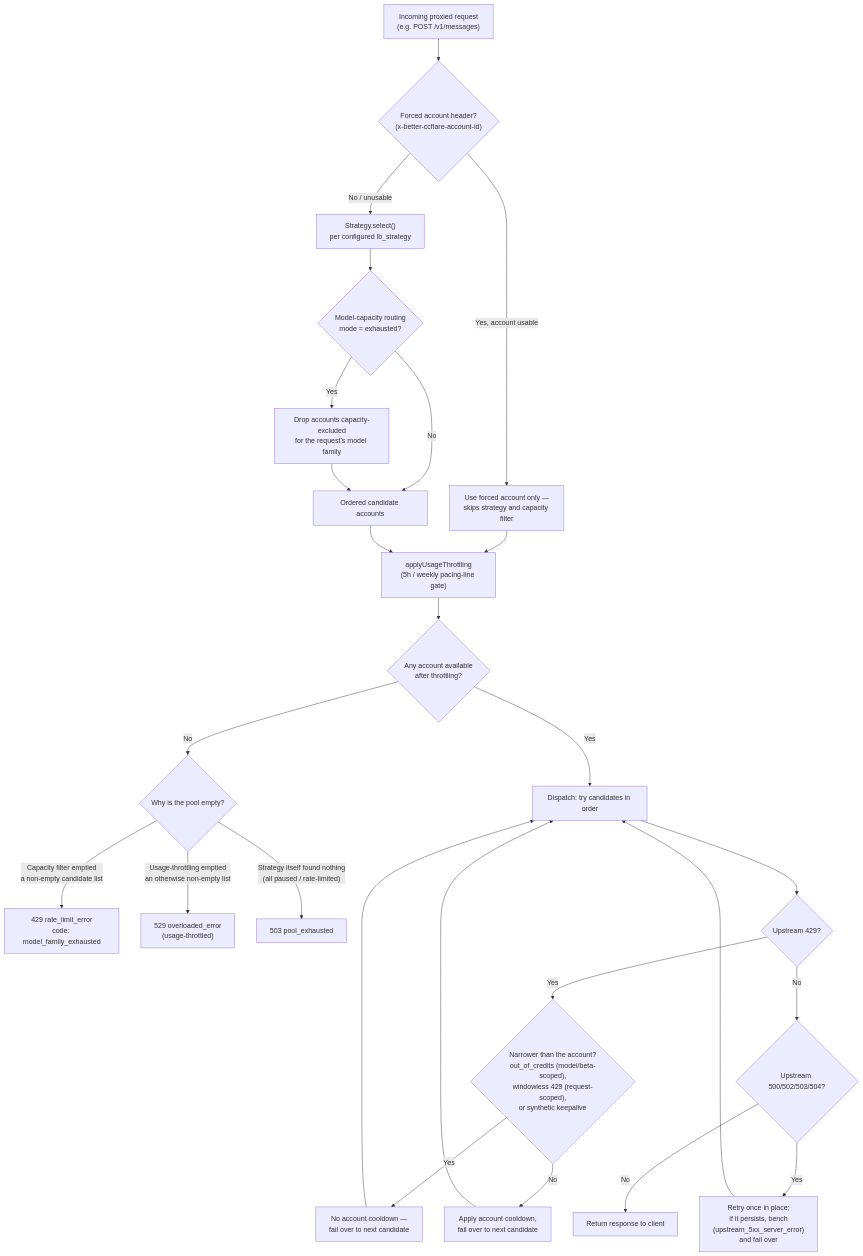
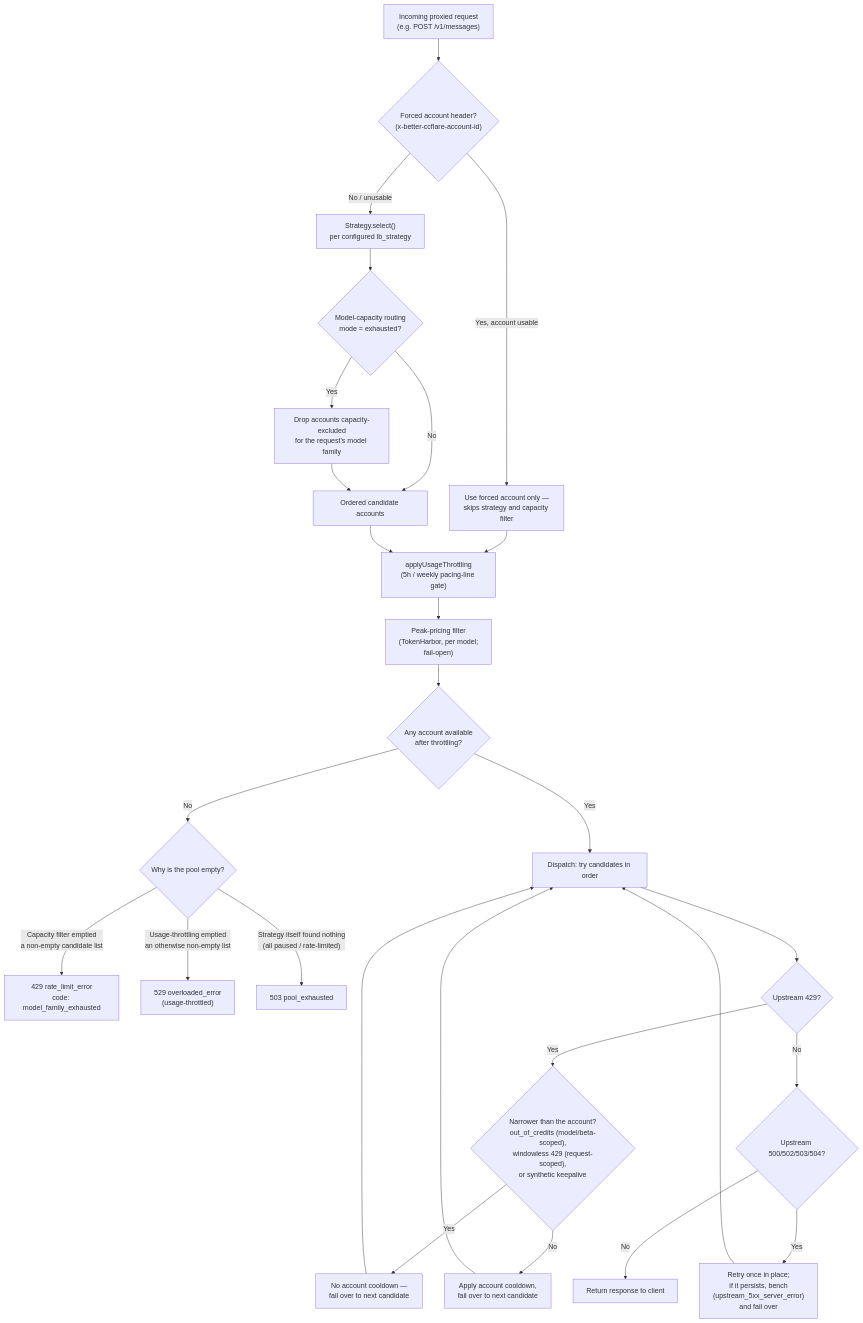
Before and after one commit to tombii/better-ccflare: the first of 8 diagrams in docs/routing-architecture.md, drawn with Mermaid. The commit also changed other lines of this file and 7 other files, not shown here.

````diff
--- a/docs/routing-architecture.md
+++ b/docs/routing-architecture.md
@@ -27,28 +28,29 @@
 ```mermaid
 flowchart TD
     A["Incoming proxied request<br/>(e.g. POST /v1/messages)"] --> B{"Forced account header?<br/>(x-better-ccflare-account-id)"}
     B -->|"Yes, account usable"| C["Use forced account only —<br/>skips strategy and capacity filter"]
     B -->|"No / unusable"| D["Strategy.select()<br/>per configured lb_strategy"]
     D --> E{"Model-capacity routing<br/>mode = exhausted?"}
     E -->|"Yes"| F["Drop accounts capacity-excluded<br/>for the request's model family"]
     E -->|"No"| G["Ordered candidate accounts"]
     F --> G
     C --> H["applyUsageThrottling<br/>(5h / weekly pacing-line gate)"]
     G --> H
-    H --> I{"Any account available<br/>after throttling?"}
+    H --> H2["Peak-pricing filter<br/>(TokenHarbor, per model;<br/>fail-open)"]
+    H2 --> I{"Any account available<br/>after throttling?"}
     I -->|"No"| J{"Why is the pool empty?"}
     J -->|"Capacity filter emptied<br/>a non-empty candidate list"| K["429 rate_limit_error<br/>code: model_family_exhausted"]
     J -->|"Usage-throttling emptied<br/>an otherwise non-empty list"| L["529 overloaded_error<br/>(usage-throttled)"]
     J -->|"Strategy itself found nothing<br/>(all paused / rate-limited)"| M["503 pool_exhausted"]
     I -->|"Yes"| N["Dispatch: try candidates in order"]
     N --> O{"Upstream 429?"}
     O -->|"Yes"| P{"Narrower than the account?<br/>out_of_credits (model/beta-scoped),<br/>windowless 429 (request-scoped),<br/>or synthetic keepalive"}
     P -->|"Yes"| P2["No account cooldown —<br/>fail over to next candidate"]
     P -->|"No"| P3["Apply account cooldown,<br/>fail over to next candidate"]
     P2 --> N
     P3 --> N
     O -->|"No"| R{"Upstream 500/502/503/504?"}
     R -->|"Yes"| R2["Retry once in place;<br/>if it persists, bench<br/>(upstream_5xx_server_error)<br/>and fail over"]
     R2 --> N
     R -->|"No"| Q["Return response to client"]
 ```
````
